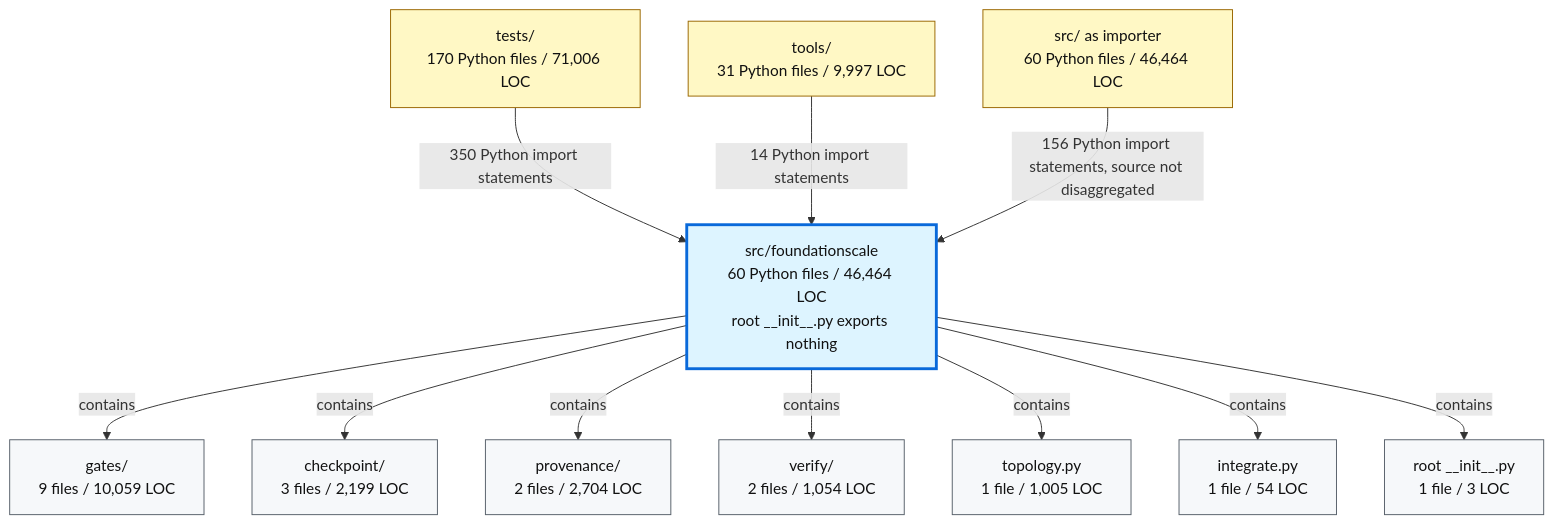
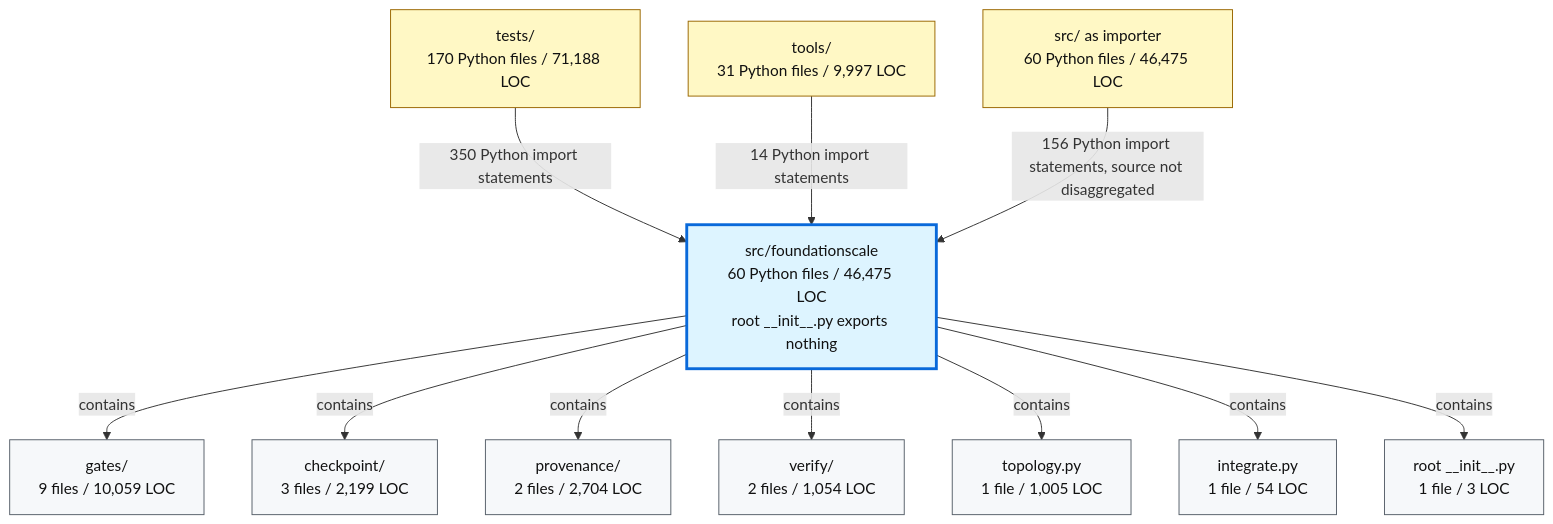
Before and after one commit to TranNhiem/FoundationScale: the second of 2 diagrams in docs/review/D2_current_architecture.md, drawn with Mermaid. The commit also changed other lines of this file and 14 other files, not shown here.

````diff
--- a/docs/review/D2_current_architecture.md
+++ b/docs/review/D2_current_architecture.md
@@ -97,36 +97,36 @@
 ```mermaid
 flowchart TB
-  TESTS["tests/<br/>170 Python files / 71,006 LOC"]
+  TESTS["tests/<br/>170 Python files / 71,188 LOC"]
   TOOLS["tools/<br/>31 Python files / 9,997 LOC"]
-  SRC["src/ as importer<br/>60 Python files / 46,464 LOC"]
+  SRC["src/ as importer<br/>60 Python files / 46,475 LOC"]
 
-  FS["src/foundationscale<br/>60 Python files / 46,464 LOC<br/>root __init__.py exports nothing"]
+  FS["src/foundationscale<br/>60 Python files / 46,475 LOC<br/>root __init__.py exports nothing"]
 
   GATES["gates/<br/>9 files / 10,059 LOC"]
   CKPT["checkpoint/<br/>3 files / 2,199 LOC"]
   PROV["provenance/<br/>2 files / 2,704 LOC"]
   VERIFY["verify/<br/>2 files / 1,054 LOC"]
   TOPO["topology.py<br/>1 file / 1,005 LOC"]
   INTEG["integrate.py<br/>1 file / 54 LOC"]
   ROOT["root __init__.py<br/>1 file / 3 LOC"]
 
   TESTS -->|"350 Python import statements"| FS
   TOOLS -->|"14 Python import statements"| FS
   SRC -->|"156 Python import statements, source not disaggregated"| FS
 
   FS -->|"contains"| GATES
   FS -->|"contains"| CKPT
   FS -->|"contains"| PROV
   FS -->|"contains"| VERIFY
   FS -->|"contains"| TOPO
   FS -->|"contains"| INTEG
   FS -->|"contains"| ROOT
 
   classDef consumer fill:#fff8c5,stroke:#9a6700,color:#111;
   classDef package fill:#ddf4ff,stroke:#0969da,stroke-width:3px,color:#111;
   classDef module fill:#f6f8fa,stroke:#57606a,color:#111;
 
   class TESTS,TOOLS,SRC consumer;
   class FS package;
   class GATES,CKPT,PROV,VERIFY,TOPO,INTEG,ROOT module;
 ```
````
